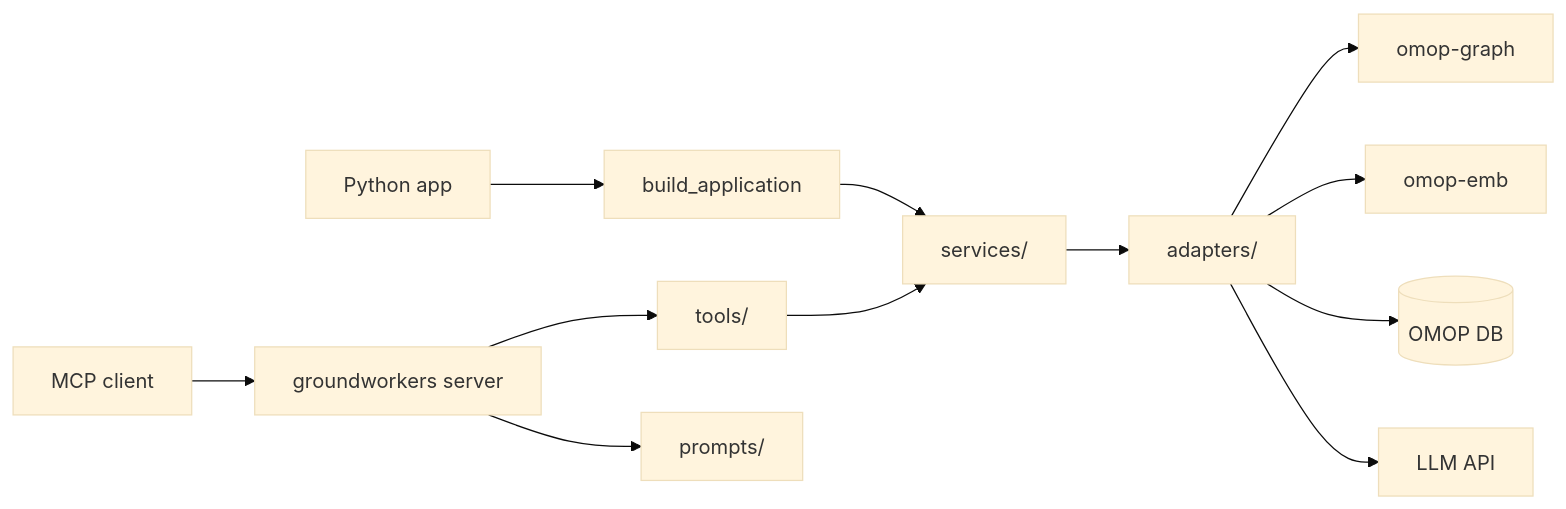
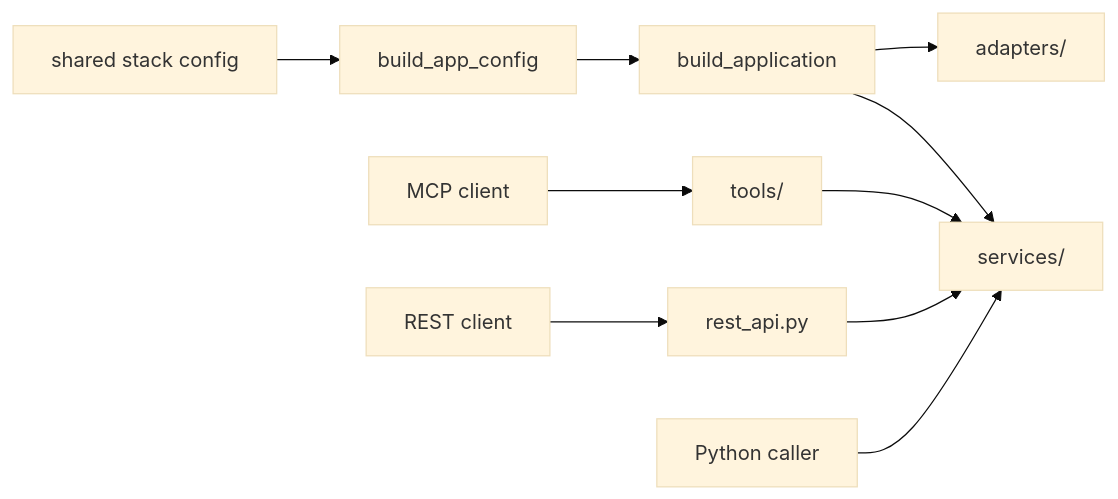
Before and after one commit to AustralianCancerDataNetwork/groundworkers: the diagram in README.md, drawn with Mermaid (base theme). The commit also changed other lines of this file and 42 other files, not shown here.

````diff
--- a/README.md
+++ b/README.md
@@ -24,14 +24,12 @@
 ```mermaid
 flowchart LR
-    Client1[Python app] --> App[build_application]
-    Client2[MCP client] --> Server[groundworkers server]
-    App --> Services[services/]
-    Server --> Tools[tools/]
-    Server --> Prompts[prompts/]
-    Tools --> Services
-    Services --> Adapters[adapters/]
-    Adapters --> OG[omop-graph]
-    Adapters --> OE[omop-emb]
-    Adapters --> DB[(OMOP DB)]
-    Adapters --> LM[LLM API]
+    STACK[shared stack config] --> BOOT[build_app_config]
+    BOOT --> APP[build_application]
+    APP --> SERVICES[services/]
+    APP --> ADAPTERS[adapters/]
+    MCP[MCP client] --> TOOLS[tools/]
+    TOOLS --> SERVICES
+    REST[REST client] --> API[rest_api.py]
+    API --> SERVICES
+    PY[Python caller] --> SERVICES
 ```
````
